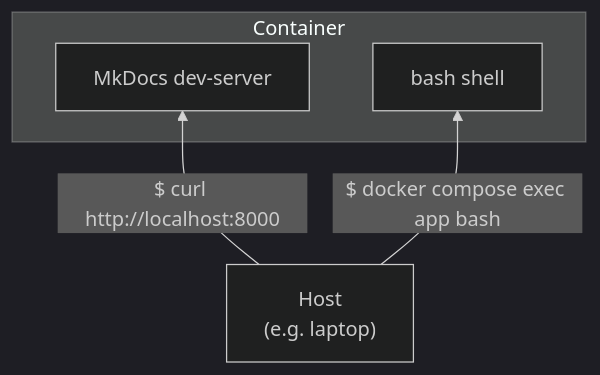
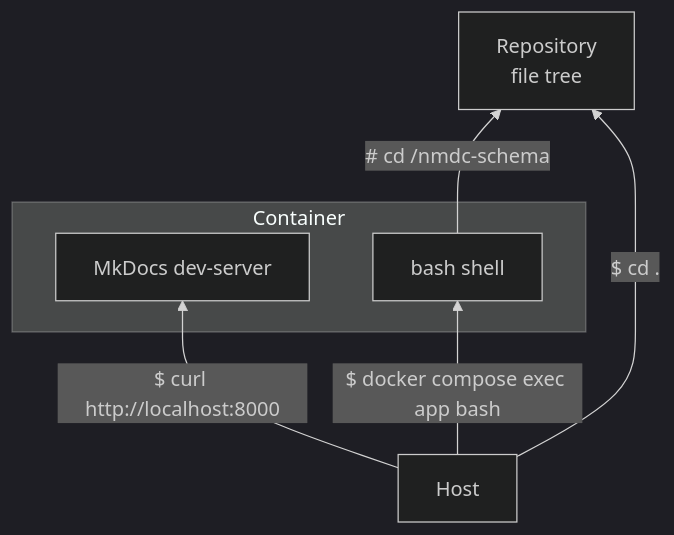
Before and after one commit to microbiomedata/nmdc-schema: the diagram in README.md, drawn with Mermaid (dark theme).

Commit message:
Show repository file tree in Mermaid diagram

````diff
--- a/README.md
+++ b/README.md
@@ -77,10 +77,12 @@
 ```mermaid
 graph BT
-    host["Host<br>(e.g. laptop)"]
+    host["Host"]
     host -- "$ curl http://localhost:8000" --> mkdocs
     host -- "$ docker compose exec app bash" --> bash
+    bash -- "# cd /nmdc-schema" --> dir["Repository<br>file tree"]
+    host -- "$ cd ." --> dir
     subgraph Container["Container"]
         mkdocs["MkDocs dev-server"]
         bash["bash shell"]
     end
 ```
````
